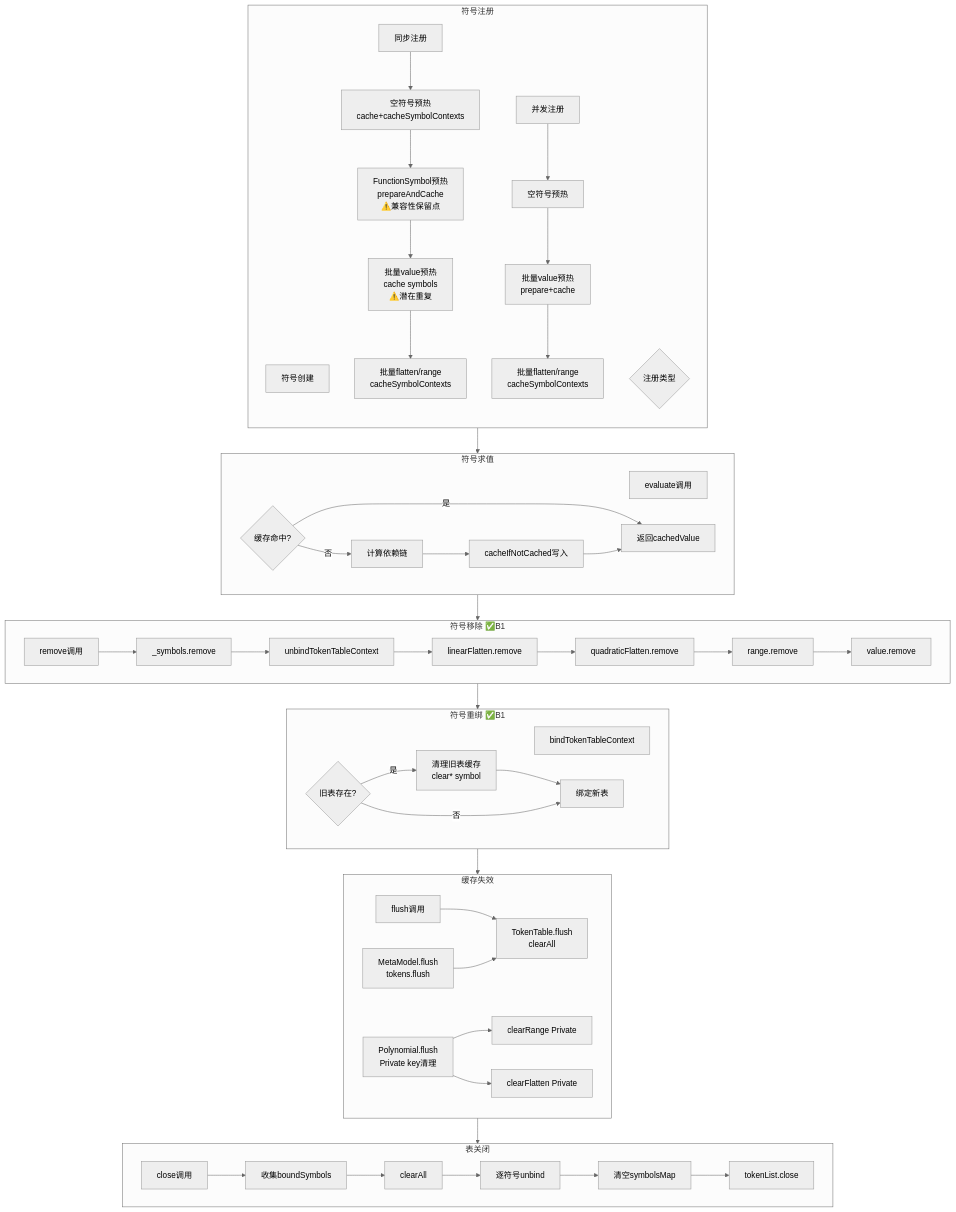
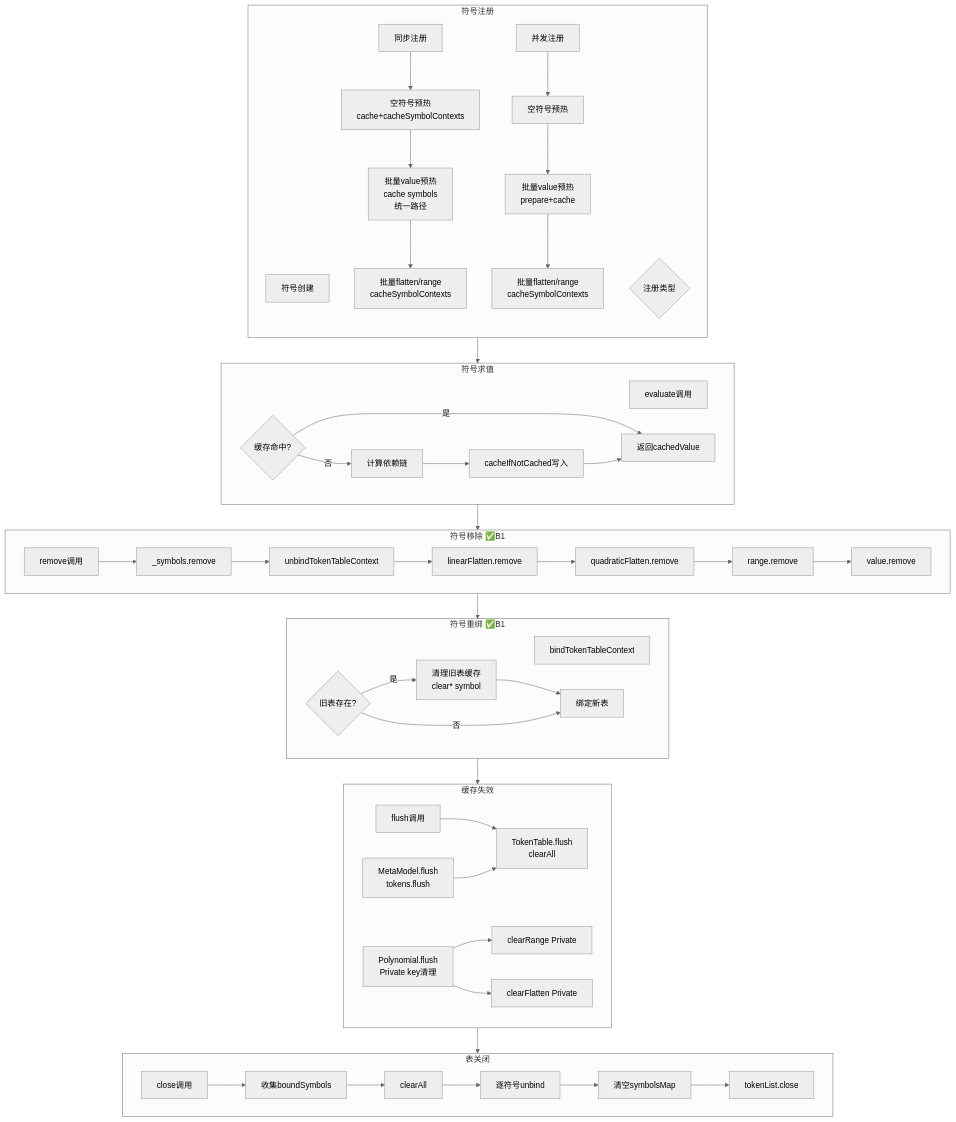
One commit to fuookami/ospf-kotlin changed the diagram in ospf-kotlin-core/docs/refactor-baseline/cache-lifecycle.md. Above: the diagram before and after it, drawn with Mermaid (neutral theme). The commit also changed other lines of this file and 2 other files, not shown here.

First line of the commit message:
fix(core): correct migration sort semantics and clean symbolDependencies on remove/close

````diff
--- a/ospf-kotlin-core/docs/refactor-baseline/cache-lifecycle.md
+++ b/ospf-kotlin-core/docs/refactor-baseline/cache-lifecycle.md
@@ -189,78 +188,77 @@
 ```mermaid
 flowchart TB
     subgraph 注册["符号注册"]
         direction TB
         A1[符号创建]
         A2{注册类型}
         A3[同步注册]
         A4[并发注册]
         
         A3 --> A3a[空符号预热<br/>cache+cacheSymbolContexts]
-        A3a --> A3b[FunctionSymbol预热<br/>prepareAndCache<br/>⚠️兼容性保留点]
-        A3b --> A3c[批量value预热<br/>cache symbols<br/>⚠️潜在重复]
-        A3c --> A3d[批量flatten/range<br/>cacheSymbolContexts]
+        A3a --> A3b[批量value预热<br/>cache symbols<br/>统一路径]
+        A3b --> A3c[批量flatten/range<br/>cacheSymbolContexts]
         
         A4 --> A4a[空符号预热]
         A4a --> A4b[批量value预热<br/>prepare+cache]
         A4b --> A4c[批量flatten/range<br/>cacheSymbolContexts]
     end
     
     subgraph 求值["符号求值"]
         B1[evaluate调用]
         B2{缓存命中?}
         B3[返回cachedValue]
         B4[计算依赖链]
         B5[cacheIfNotCached写入]
         B2 -->|是| B3
         B2 -->|否| B4
         B4 --> B5
         B5 --> B3
     end
     
     subgraph 移除["符号移除 ✅B1"]
         C1[remove调用]
         C2[_symbols.remove]
         C3[unbindTokenTableContext]
         C4[linearFlatten.remove]
         C5[quadraticFlatten.remove]
         C6[range.remove]
         C7[value.remove]
         C1 --> C2 --> C3 --> C4 --> C5 --> C6 --> C7
     end
     
     subgraph 重绑["符号重绑 ✅B1"]
         D1[bindTokenTableContext]
         D2{旧表存在?}
         D3[清理旧表缓存<br/>clear* symbol]
         D4[绑定新表]
         D2 -->|是| D3 --> D4
         D2 -->|否| D4
     end
     
     subgraph 失效["缓存失效"]
         E1[flush调用]
         E2[TokenTable.flush<br/>clearAll]
         E3[MetaModel.flush<br/>tokens.flush]
         E4[Polynomial.flush<br/>Private key清理]
         E1 --> E2
         E3 --> E2
         E4 --> E4a[clearRange Private]
         E4 --> E4b[clearFlatten Private]
     end
     
     subgraph 关闭["表关闭"]
         F1[close调用]
         F2[收集boundSymbols]
         F3[clearAll]
         F4[逐符号unbind]
         F5[清空symbolsMap]
         F6[tokenList.close]
         F1 --> F2 --> F3 --> F4 --> F5 --> F6
     end
     
     注册 --> 求值
     求值 --> 移除
     移除 --> 重绑
     重绑 --> 失效
     失效 --> 关闭
 ```
````
